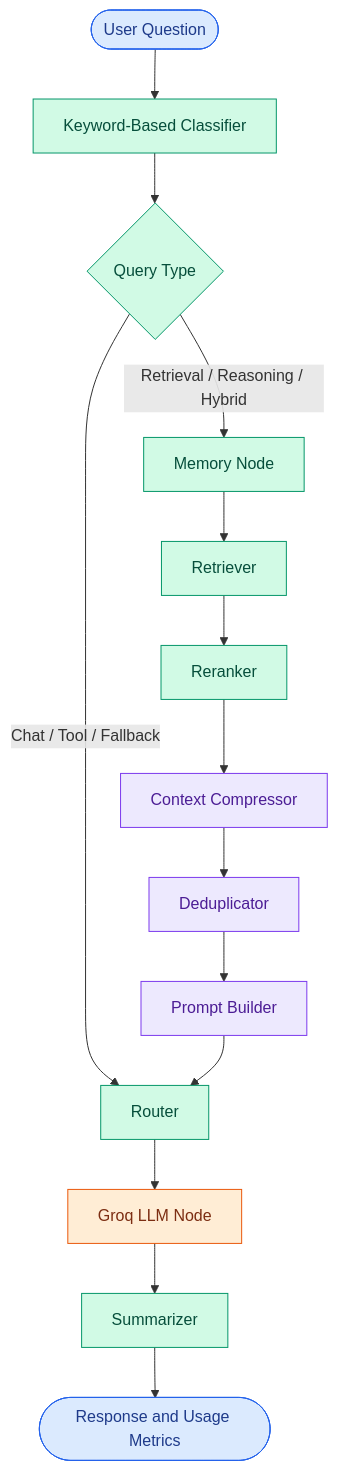
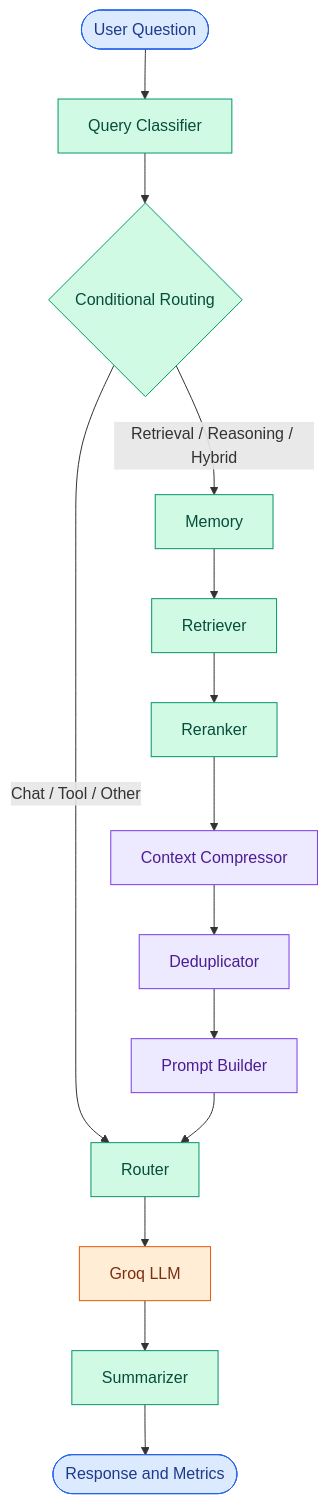
The diagram in README.md (maahii-in/token-cost-cutting), drawn with Mermaid before and after one commit. The commit also changed other lines of this file, not shown here.

````diff
--- a/README.md
+++ b/README.md
@@ -173,30 +197,30 @@
 ```mermaid
 flowchart TD
-    START([User Question]) --> CLASSIFIER[Keyword-Based Classifier]
+    START([User Question]) --> CLASSIFIER[Query Classifier]
 
-    CLASSIFIER --> ROUTING{Query Type}
+    CLASSIFIER --> ROUTE{Conditional Routing}
 
-    ROUTING -->|Chat / Tool / Fallback| ROUTER[Router]
-    ROUTING -->|Retrieval / Reasoning / Hybrid| MEMORY[Memory Node]
+    ROUTE -->|Chat / Tool / Other| ROUTER[Router]
+    ROUTE -->|Retrieval / Reasoning / Hybrid| MEMORY[Memory]
 
     MEMORY --> RETRIEVER[Retriever]
     RETRIEVER --> RERANKER[Reranker]
     RERANKER --> COMPRESSOR[Context Compressor]
-    COMPRESSOR --> DEDUPLICATOR[Deduplicator]
-    DEDUPLICATOR --> PROMPT[Prompt Builder]
+    COMPRESSOR --> DEDUP[Deduplicator]
+    DEDUP --> PROMPT[Prompt Builder]
 
     PROMPT --> ROUTER
-    ROUTER --> LLM[Groq LLM Node]
+    ROUTER --> LLM[Groq LLM]
     LLM --> SUMMARIZER[Summarizer]
-    SUMMARIZER --> END([Response and Usage Metrics])
+    SUMMARIZER --> FINISH([Response and Metrics])
 
-    classDef startend fill:#DBEAFE,stroke:#2563EB,color:#1E3A8A
-    classDef processing fill:#D1FAE5,stroke:#059669,color:#064E3B
+    classDef entry fill:#DBEAFE,stroke:#2563EB,color:#1E3A8A
+    classDef process fill:#D1FAE5,stroke:#059669,color:#064E3B
     classDef optimize fill:#EDE9FE,stroke:#7C3AED,color:#4C1D95
-    classDef generation fill:#FFEDD5,stroke:#EA580C,color:#7C2D12
+    classDef generate fill:#FFEDD5,stroke:#EA580C,color:#7C2D12
 
-    class START,END startend
-    class CLASSIFIER,ROUTING,MEMORY,RETRIEVER,RERANKER,ROUTER,SUMMARIZER processing
-    class COMPRESSOR,DEDUPLICATOR,PROMPT optimize
-    class LLM generation
+    class START,FINISH entry
+    class CLASSIFIER,ROUTE,MEMORY,RETRIEVER,RERANKER,ROUTER,SUMMARIZER process
+    class COMPRESSOR,DEDUP,PROMPT optimize
+    class LLM generate
 ```
````
